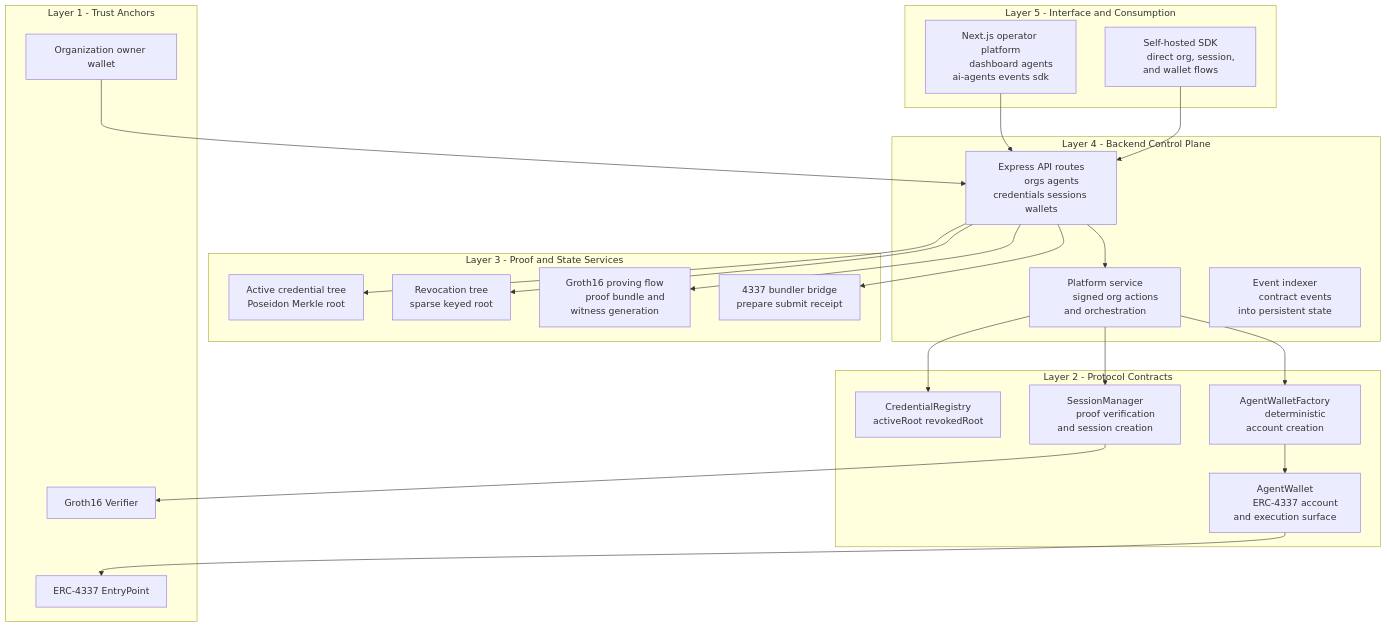
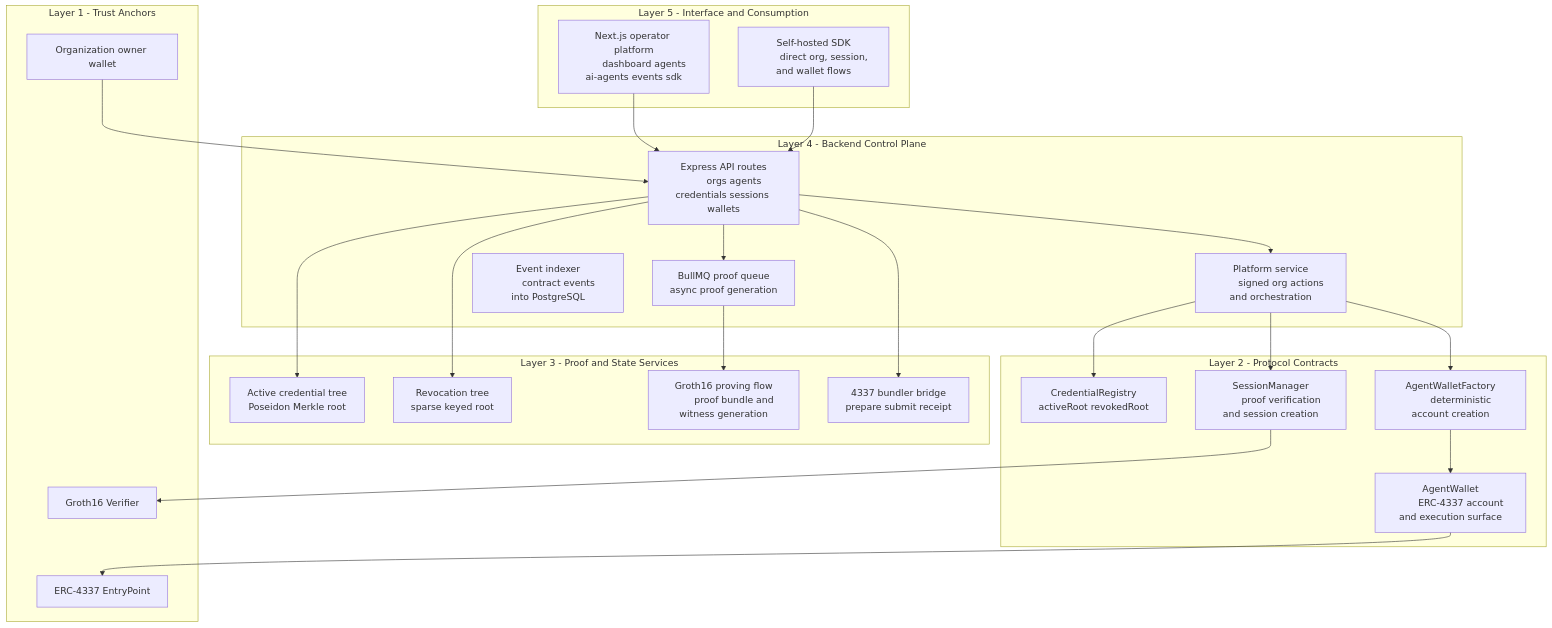
One commit to SRIVISHNUGV-DEV/AGENTIX changed the first of 4 diagrams in agent-credentials-mvp/README.md. Above: the diagram before and after it, drawn with Mermaid. The commit also changed other lines of this file, not shown here.

First line of the commit message:
docs: rewrite README to match actual architecture

````diff
--- a/agent-credentials-mvp/README.md
+++ b/agent-credentials-mvp/README.md
@@ -85,61 +94,64 @@
 ```mermaid
 flowchart TD
     subgraph L5[Layer 5 - Interface and Consumption]
         UI[Next.js operator platform
         dashboard agents ai-agents events sdk]
         SDK[Self-hosted SDK
         direct org, session, and wallet flows]
     end
 
     subgraph L4[Layer 4 - Backend Control Plane]
         API[Express API routes
         orgs agents credentials sessions wallets]
         PLATFORM[Platform service
         signed org actions and orchestration]
+        PROOFQ[BullMQ proof queue
+        async proof generation]
         INDEXER[Event indexer
-        contract events into persistent state]
+        contract events into PostgreSQL]
     end
 
     subgraph L3[Layer 3 - Proof and State Services]
         ACTIVE[Active credential tree
         Poseidon Merkle root]
         REVOKE[Revocation tree
         sparse keyed root]
         PROVER[Groth16 proving flow
         proof bundle and witness generation]
         BUNDLER[4337 bundler bridge
         prepare submit receipt]
     end
 
     subgraph L2[Layer 2 - Protocol Contracts]
         REG[CredentialRegistry
         activeRoot revokedRoot]
         SESS[SessionManager
         proof verification and session creation]
         FACTORY[AgentWalletFactory
         deterministic account creation]
         WALLET[AgentWallet
         ERC-4337 account and execution surface]
     end
 
     subgraph L1[Layer 1 - Trust Anchors]
         VERIFY[Groth16 Verifier]
         ENTRY[ERC-4337 EntryPoint]
         OWNER[Organization owner wallet]
     end
 
     UI --> API
     SDK --> API
     API --> PLATFORM
     API --> ACTIVE
     API --> REVOKE
-    API --> PROVER
+    API --> PROOFQ
+    PROOFQ --> PROVER
     API --> BUNDLER
     PLATFORM --> REG
     PLATFORM --> SESS
     PLATFORM --> FACTORY
     FACTORY --> WALLET
     SESS --> VERIFY
     WALLET --> ENTRY
     OWNER --> API
 ```
````
